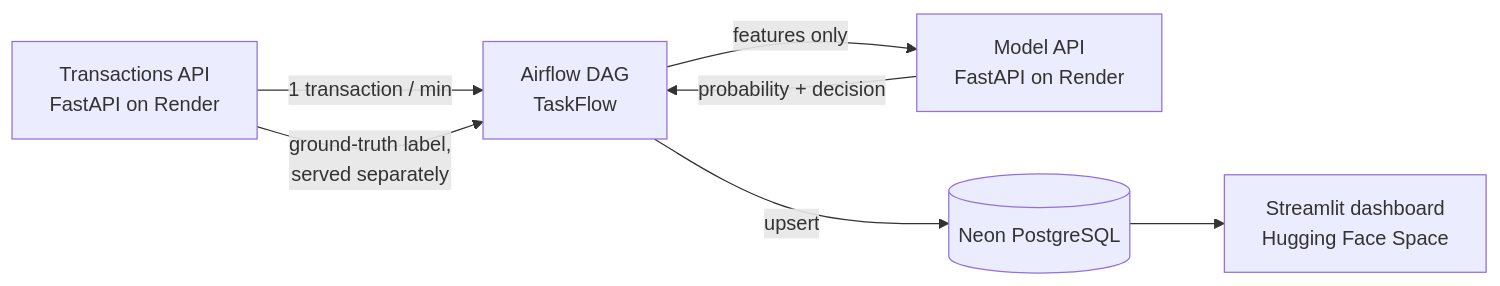
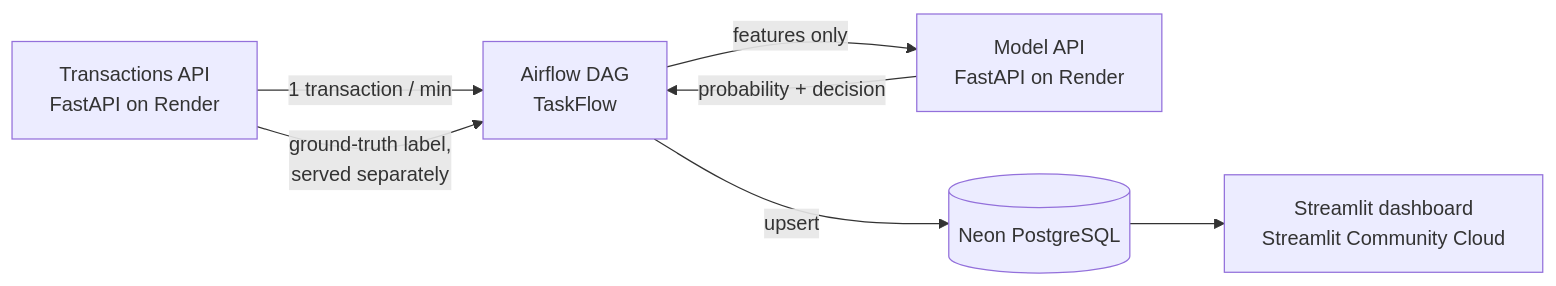
Before and after one commit to cnoret/real-time-fraud-detection: the diagram in README.md, drawn with Mermaid. The commit also changed other lines of this file and 3 other files, not shown here.

First line of the commit message:
Fix the Streamlit Community Cloud deployment of the dashboard

````diff
--- a/README.md
+++ b/README.md
@@ -35,9 +35,9 @@
 ```mermaid
 flowchart LR
     A[Transactions API<br/>FastAPI on Render] -->|1 transaction / min| B[Airflow DAG<br/>TaskFlow]
     A -->|ground-truth label,<br/>served separately| B
     B -->|features only| C[Model API<br/>FastAPI on Render]
     C -->|probability + decision| B
     B -->|upsert| D[(Neon PostgreSQL)]
-    D --> E[Streamlit dashboard<br/>Hugging Face Space]
+    D --> E[Streamlit dashboard<br/>Streamlit Community Cloud]
 ```
````
